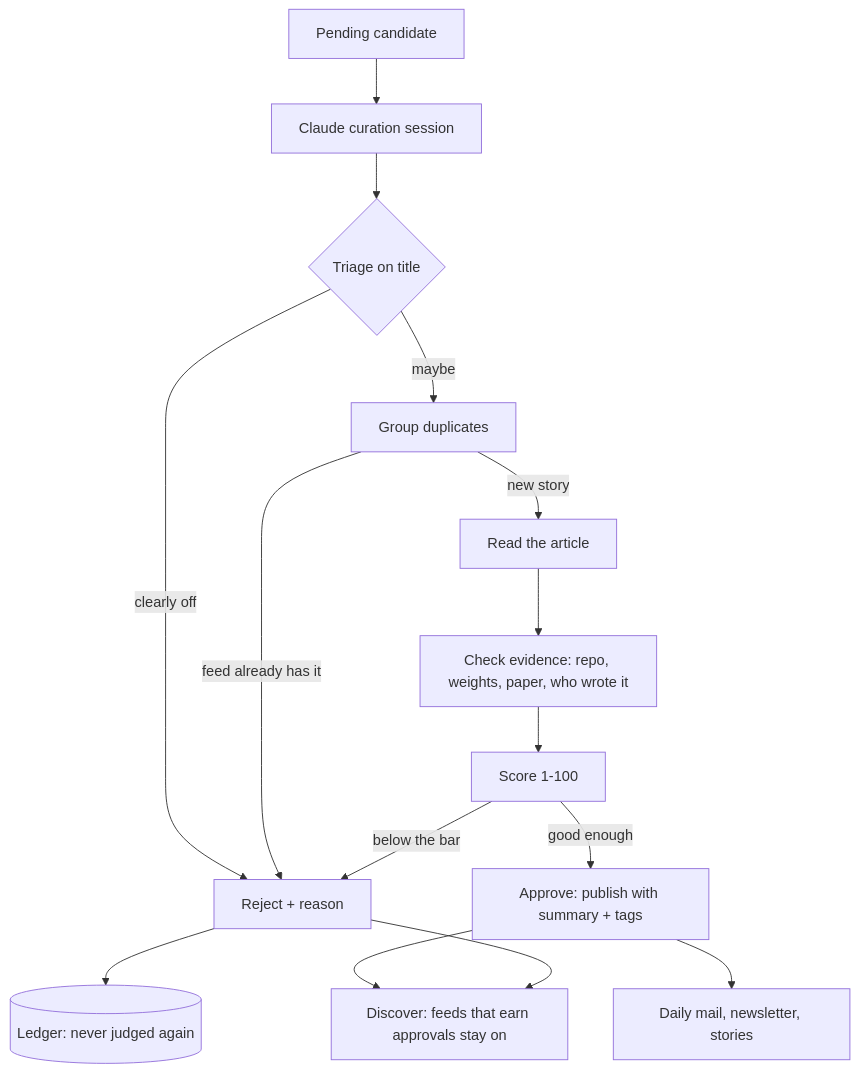
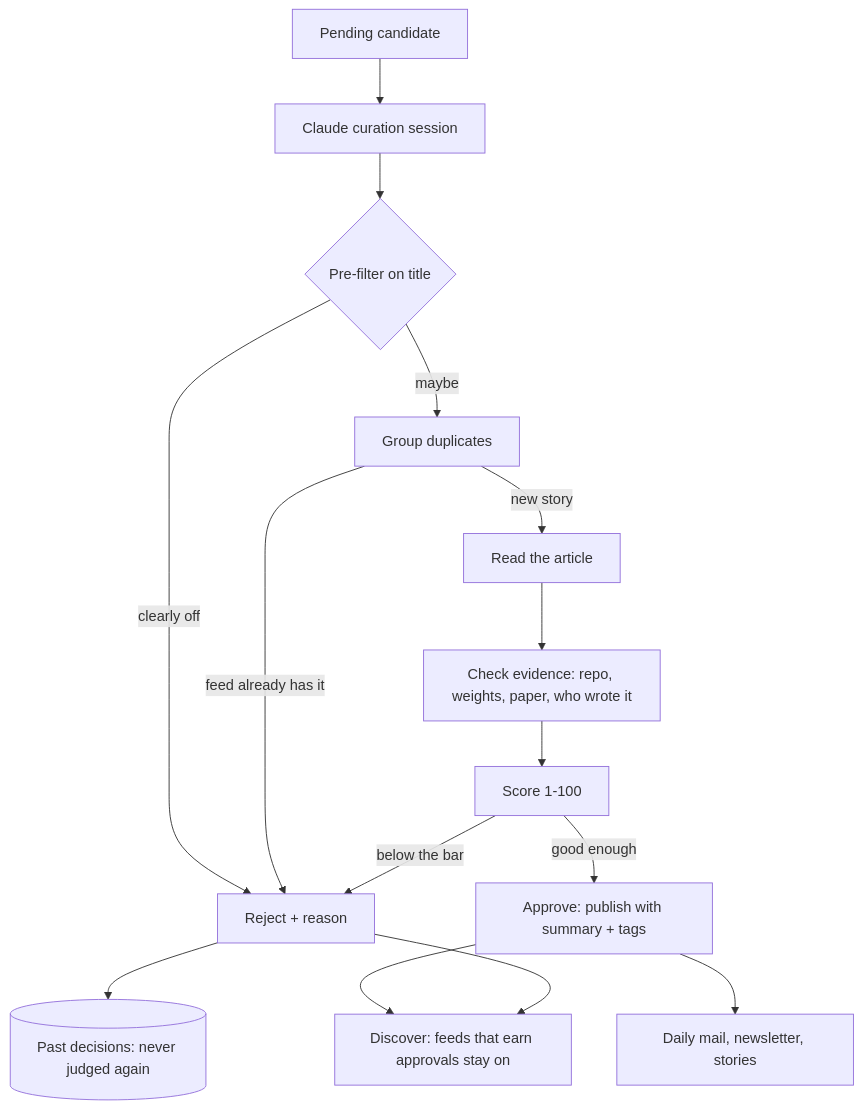
One commit to dimslaev/agentique changed the second of 3 diagrams in README.md. Above: the diagram before and after it, drawn with Mermaid. The commit also changed other lines of this file and 62 other files, not shown here.

````diff
--- a/README.md
+++ b/README.md
@@ -43,18 +43,18 @@
 ```mermaid
 flowchart TD
     D[Pending candidate] --> E[Claude curation session]
-    E --> F{Triage on title}
+    E --> F{Pre-filter on title}
     F -- clearly off --> R[Reject + reason]
     F -- maybe --> G[Group duplicates]
     G -- feed already has it --> R
     G -- new story --> H[Read the article]
     H --> I[Check evidence: repo, weights, paper, who wrote it]
     I --> J[Score 1-100]
     J -- below the bar --> R
     J -- good enough --> P[Approve: publish with summary + tags]
 
     P --> M[Daily mail, newsletter, stories]
-    R --> L[(Ledger: never judged again)]
+    R --> L[(Past decisions: never judged again)]
     P --> S[Discover: feeds that earn approvals stay on]
     R --> S
 ```
````
